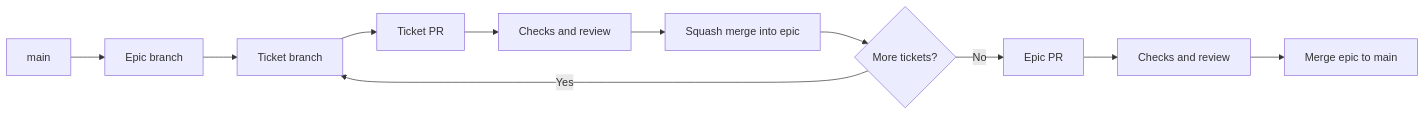
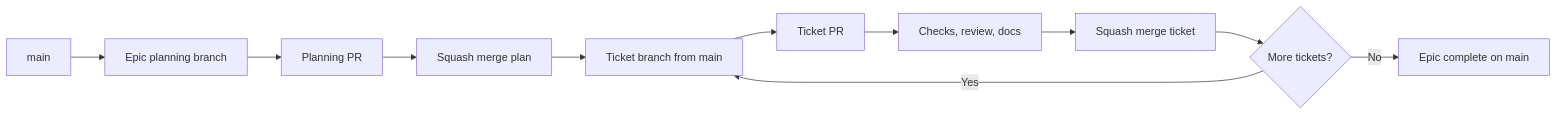
The fifth of 5 diagrams in ARCHITECTURE.md (Macavitymadcap/character-sheet), drawn with Mermaid before and after one commit. The commit also changed other lines of this file and 3 other files, not shown here.

Commit message:
docs(sheet): align sheet 0012 branch flow

````diff
--- a/ARCHITECTURE.md
+++ b/ARCHITECTURE.md
@@ -312,13 +312,13 @@
 ```mermaid
 flowchart LR
-    A["main"] --> B["Epic branch"]
-    B --> C["Ticket branch"]
-    C --> D["Ticket PR"]
-    D --> E["Checks and review"]
-    E --> F["Squash merge into epic"]
-    F --> G{"More tickets?"}
-    G -- "Yes" --> C
-    G -- "No" --> H["Epic PR"]
-    H --> I["Checks and review"]
-    I --> J["Merge epic to main"]
+    A["main"] --> B["Epic planning branch"]
+    B --> C["Planning PR"]
+    C --> D["Squash merge plan"]
+    D --> E["Ticket branch from main"]
+    E --> F["Ticket PR"]
+    F --> G["Checks, review, docs"]
+    G --> H["Squash merge ticket"]
+    H --> I{"More tickets?"}
+    I -- "Yes" --> E
+    I -- "No" --> J["Epic complete on main"]
 ```
````
